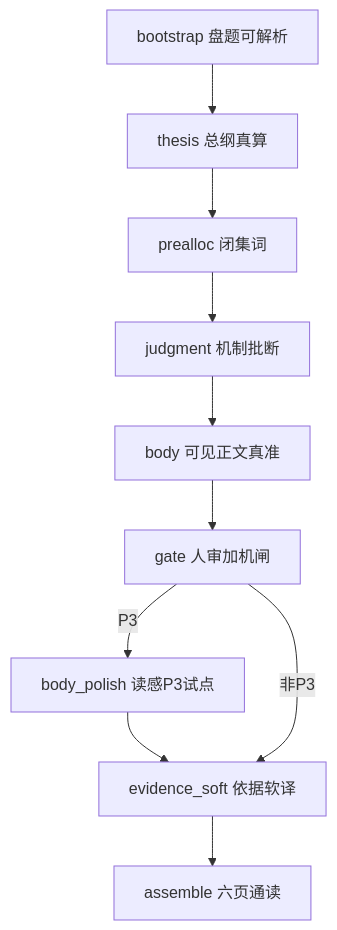
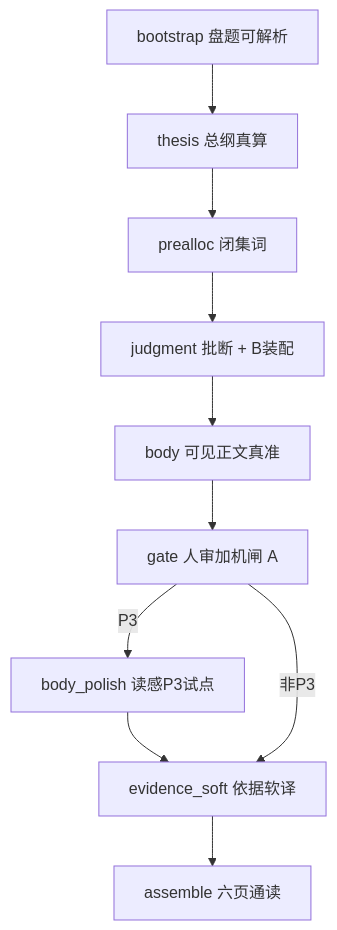
The diagram in .cursor/docs/交付v3-分步职责与合格尺-SSOT.md (Mattchen217/POJU), drawn with Mermaid before and after one commit. The commit also changed other lines of this file and 8 other files, not shown here.

````diff
--- a/.cursor/docs/交付v3-分步职责与合格尺-SSOT.md
+++ b/.cursor/docs/交付v3-分步职责与合格尺-SSOT.md
@@ -18,18 +19,18 @@
 ```mermaid
 flowchart TD
   bootstrap[bootstrap 盘题可解析]
   thesis[thesis 总纲真算]
   prealloc[prealloc 闭集词]
-  judgment[judgment 机制批断]
+  judgment[judgment 批断 + B装配]
   body[body 可见正文真准]
-  gate[gate 人审加机闸]
+  gate[gate 人审加机闸 A]
   polish[body_polish 读感P3试点]
   soft[evidence_soft 依据软译]
   assemble[assemble 六页通读]
 
   bootstrap --> thesis --> prealloc
   prealloc --> judgment --> body --> gate
   gate -->|P3| polish --> soft
   gate -->|非P3| soft
   soft --> assemble
 ```
````
